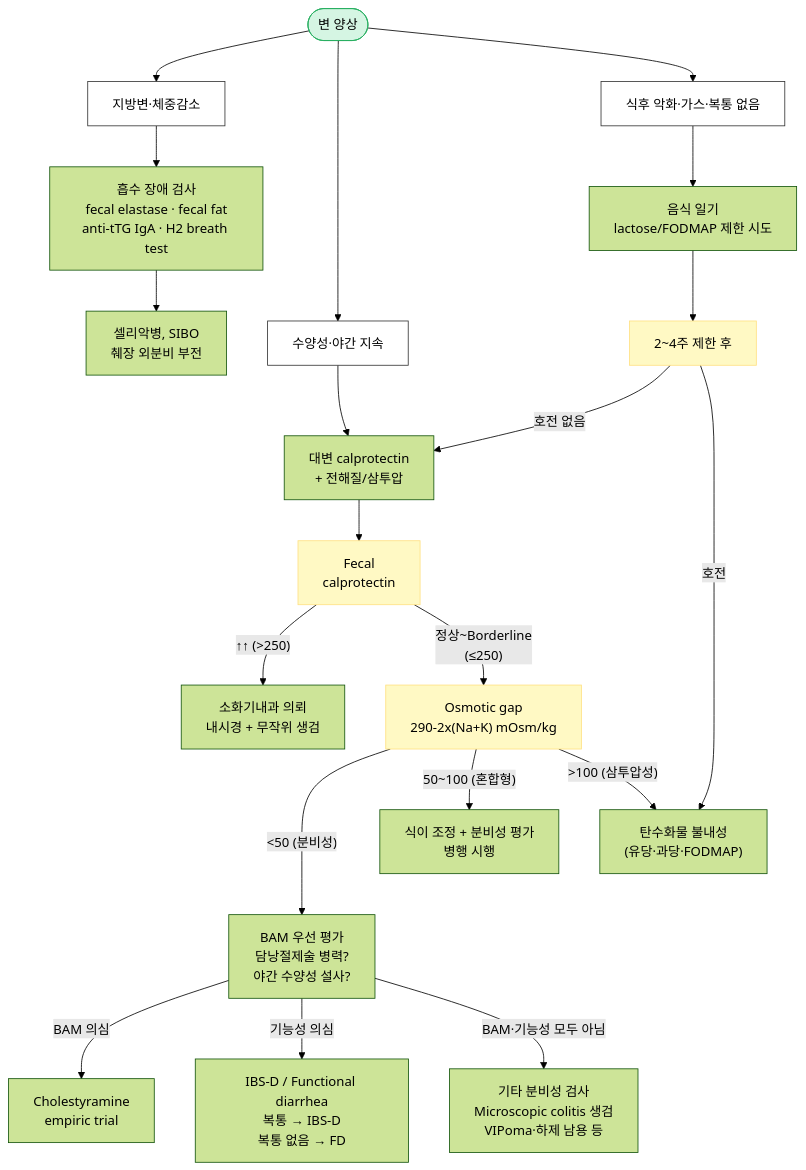
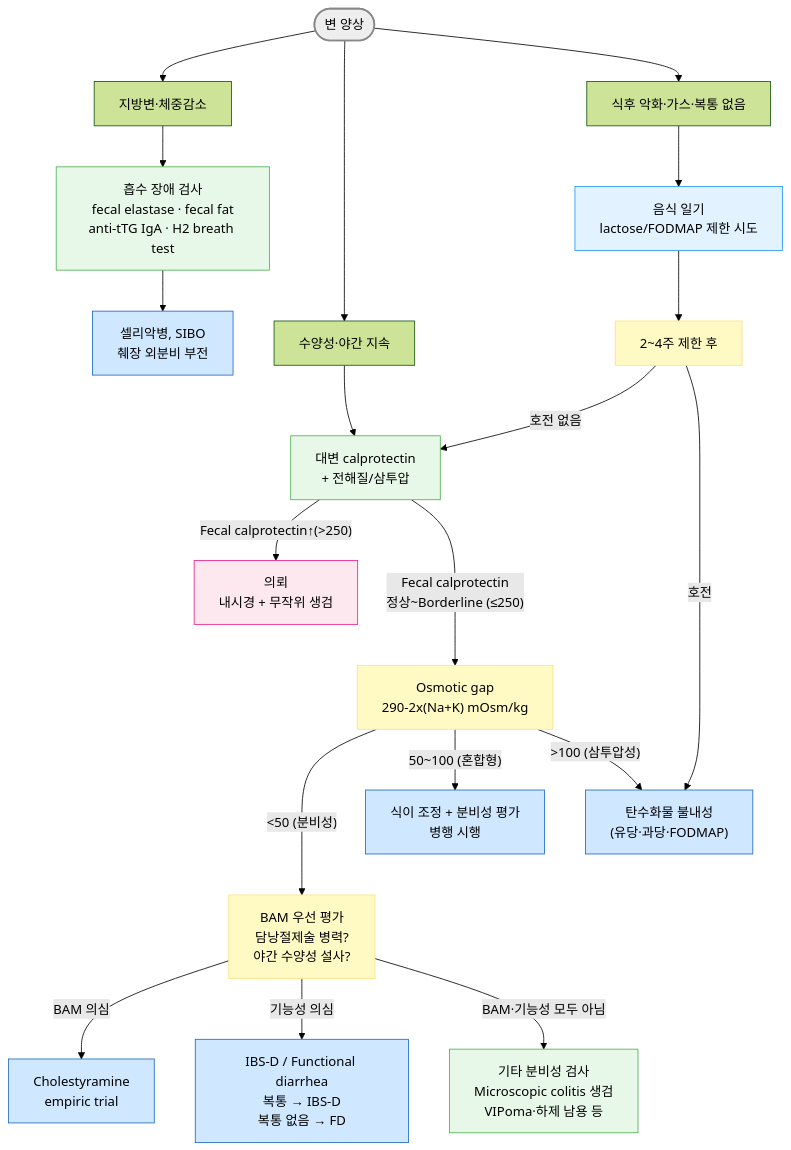
One commit to familyoh77/familyoh77 changed the second of 2 diagrams in 224_/084_-chronic-diarrhea.md. Above: the diagram before and after it, drawn with Mermaid (forest theme). The commit also changed other lines of this file, not shown here.

Commit message:
GITBOOK-957: No subject

````diff
--- a/224_/084_-chronic-diarrhea.md
+++ b/224_/084_-chronic-diarrhea.md
@@ -194,31 +196,31 @@
 ```mermaid
 graph TD
     Phenotype(["변 양상"]) --> A["지방변·체중감소"] --> Malabs["흡수 장애 검사<br/>fecal elastase · fecal fat<br/>anti-tTG IgA · H2 breath test"]
     Phenotype --> B["수양성·야간 지속"] --> WateryDD["대변 calprotectin<br/>+ 전해질/삼투압"]
     Phenotype --> C["식후 악화·가스·복통 없음"] --> OsmoDD["음식 일기<br/>lactose/FODMAP 제한 시도"]
-
     OsmoDD --> OsmoResult["2~4주 제한 후"]
-
     OsmoResult -- "호전 없음" --> WateryDD
-
     Malabs --> MalabsDx["셀리악병, SIBO<br/>췌장 외분비 부전"]
-
-    WateryDD --> CalProt["Fecal<br/>calprotectin"]
-    CalProt -- "↑↑ (>250)" --> IBDRef["소화기내과 의뢰<br/>내시경 + 무작위 생검"]
-    CalProt -- "정상~Borderline<br/>(≤250)" --> OsmoGap["Osmotic gap<br/>290-2x(Na+K) mOsm/kg"]
+    WateryDD -- "Fecal calprotectin↑(>250)" --> IBDRef["의뢰<br/>내시경 + 무작위 생검"]
+    WateryDD -- "Fecal calprotectin <br/>정상~Borderline (≤250)" ---> OsmoGap["Osmotic gap<br/>290-2x(Na+K) mOsm/kg"]
     OsmoGap -- "<50 (분비성)" ---> BAMFirst["BAM 우선 평가<br/>담낭절제술 병력?<br/>야간 수양성 설사?"]
     BAMFirst -- "BAM 의심" --> CholTrial["Cholestyramine<br/>empiric trial"]
     BAMFirst -- "기능성 의심" --> Functional["IBS-D / Functional diarrhea<br/>복통 → IBS-D<br/>복통 없음 → FD"]
     BAMFirst -- "BAM·기능성 모두 아님" --> Secretory2["기타 분비성 검사<br/>Microscopic colitis 생검<br/>VIPoma·하제 남용 등"]
     OsmoGap -- "50~100 (혼합형)" --> MixedEval["식이 조정 + 분비성 평가<br/>병행 시행"]
     OsmoResult -- "호전" --> OsmoDx["탄수화물 불내성<br/>(유당·과당·FODMAP)"]
     OsmoGap -- ">100 (삼투압성)" --> OsmoDx
     
-    style Phenotype fill:#d5f5e3,stroke:#27ae60
-    classDef yellow fill:#fff9c4,stroke:#ffe082
-    class OsmoResult,CalProt,OsmoGap yellow
-    classDef white fill:#fff,stroke:#333
-    class A,B,C white
 
-
+style Phenotype fill:#eeeeee,stroke:#888888,stroke-width:2px
+classDef blue fill:#d0e8ff,stroke:#1a6abf
+class MalabsDx,OsmoDx,MixedEval,CholTrial,Functional blue
+classDef pink fill:#fde8f0,stroke:#e91e8c
+class IBDRef pink
+classDef lightGreen fill:#e8f8e8,stroke:#4caf50
+class Secretory2,Malabs,WateryDD lightGreen
+classDef sky fill:#e3f2ff,stroke:#2196f3
+class OsmoDD sky
+classDef yellow fill:#fff9c4,stroke:#ffe082
+class OsmoResult,OsmoGap,BAMFirst yellow
 ```
````
